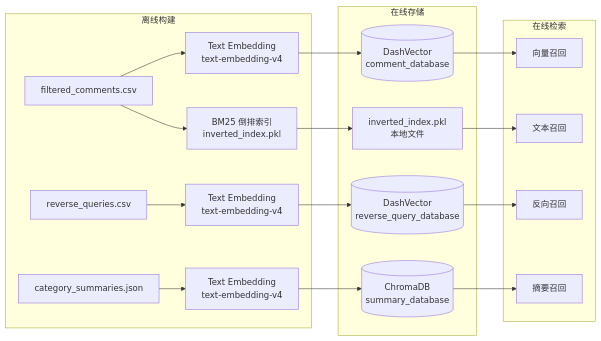
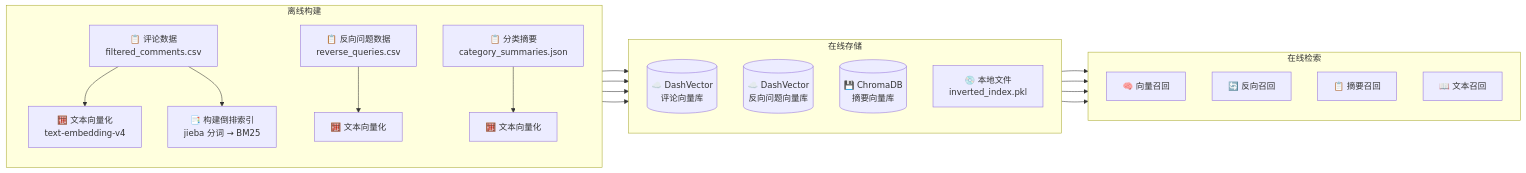
One commit to 0xb3i/intelligent-conversational-ai changed the second of 3 diagrams in README.md. Above: the diagram before and after it, drawn with Mermaid. The commit also changed other lines of this file, not shown here.

Commit message:
优化架构图：横竖结合排版 + 读者友好的描述

````diff
--- a/README.md
+++ b/README.md
@@ -41,23 +41,26 @@
 ```mermaid
 flowchart LR
     subgraph 离线构建
-        CSV1[filtered_comments.csv] --> EMB1[Text Embedding<br/>text-embedding-v4]
-        CSV2[reverse_queries.csv] --> EMB2[Text Embedding<br/>text-embedding-v4]
-        JSON1[category_summaries.json] --> EMB3[Text Embedding<br/>text-embedding-v4]
-        CSV1 --> BM25[BM25 倒排索引<br/>inverted_index.pkl]
+        direction TB
+        CSV1["📋 评论数据<br/>filtered_comments.csv"] --> EMB1["🧮 文本向量化<br/>text-embedding-v4"]
+        CSV2["📋 反向问题数据<br/>reverse_queries.csv"] --> EMB2["🧮 文本向量化"]
+        JSON1["📋 分类摘要<br/>category_summaries.json"] --> EMB3["🧮 文本向量化"]
+        CSV1 --> BM25["📑 构建倒排索引<br/>jieba 分词 → BM25"]
     end
 
     subgraph 在线存储
-        EMB1 --> DV1[(DashVector<br/>comment_database)]
-        EMB2 --> DV2[(DashVector<br/>reverse_query_database)]
-        EMB3 --> CDB[(ChromaDB<br/>summary_database)]
-        BM25 --> IDX[inverted_index.pkl<br/>本地文件]
+        direction TB
+        EMB1 --> DV1[("☁️ DashVector<br/>评论向量库")]
+        EMB2 --> DV2[("☁️ DashVector<br/>反向问题向量库")]
+        EMB3 --> CDB[("💾 ChromaDB<br/>摘要向量库")]
+        BM25 --> IDX["💿 本地文件<br/>inverted_index.pkl"]
     end
 
     subgraph 在线检索
-        DV1 --> V[向量召回]
-        DV2 --> R[反向召回]
-        CDB --> S[摘要召回]
-        IDX --> T[文本召回]
+        direction TB
+        DV1 --> V["🧠 向量召回"]
+        DV2 --> R["🔄 反向召回"]
+        CDB --> S["📋 摘要召回"]
+        IDX --> T["📖 文本召回"]
     end
 ```
````
